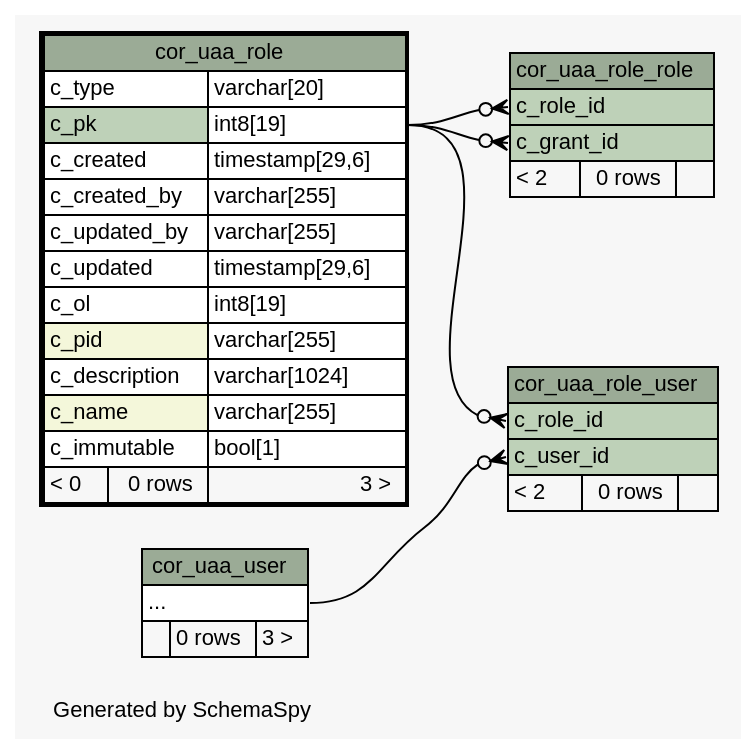
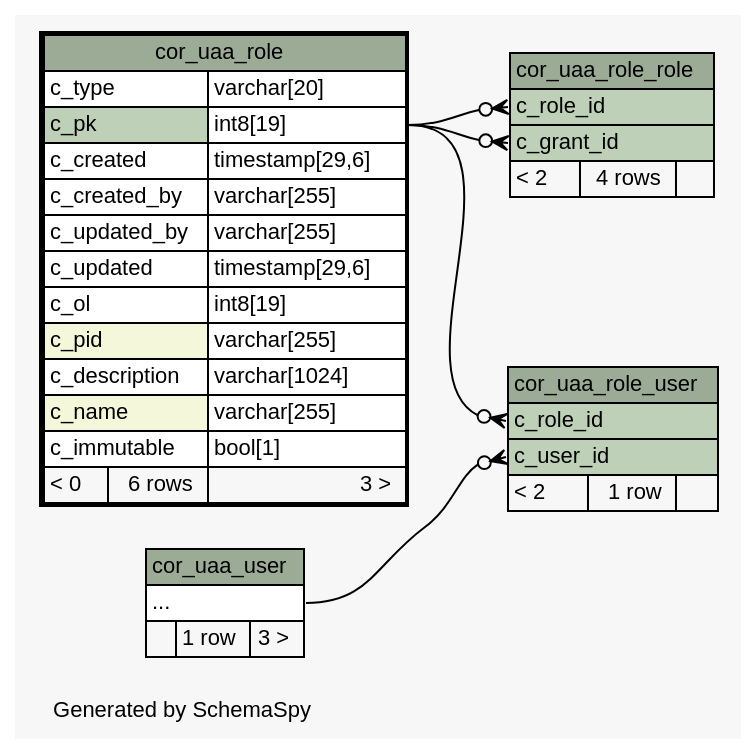
Before and after one commit to openwms/org.openwms.core.uaa: the diagram in 2.0.0-SNAPSHOT/schemaspy/diagrams/cor_uaa_role.2degrees.dot, drawn with Graphviz. The commit also changed 309 other files, not shown here.

```diff
--- a/2.0.0-SNAPSHOT/schemaspy/diagrams/cor_uaa_role.2degrees.dot
+++ b/2.0.0-SNAPSHOT/schemaspy/diagrams/cor_uaa_role.2degrees.dot
@@ -1,78 +1,78 @@
 // dot 2.43.0 on Linux 5.15.0-1020-azure
 // SchemaSpy rev Unknown
 digraph "twoDegreesRelationshipsDiagram" {
   graph [
     rankdir="RL"
     bgcolor="#f7f7f7"
     label="\nGenerated by SchemaSpy"
     labeljust="l"
     nodesep="0.18"
     ranksep="0.46"
     fontname="Helvetica"
     fontsize="11"
   ];
   node [
     fontname="Helvetica"
     fontsize="11"
     shape="plaintext"
   ];
   edge [
     arrowsize="0.8"
   ];
   "cor_uaa_role_role":"c_grant_id":w -> "cor_uaa_role":"c_pk.type":e [arrowhead=none dir=back arrowtail=crowodot];
   "cor_uaa_role_role":"c_role_id":w -> "cor_uaa_role":"c_pk.type":e [arrowhead=none dir=back arrowtail=crowodot];
   "cor_uaa_role_user":"c_role_id":w -> "cor_uaa_role":"c_pk.type":e [arrowhead=none dir=back arrowtail=crowodot];
   "cor_uaa_role_user":"c_user_id":w -> "cor_uaa_user":"elipses":e [arrowhead=none dir=back arrowtail=crowodot];
   "cor_uaa_role" [
     label=<
     <TABLE BORDER="2" CELLBORDER="1" CELLSPACING="0" BGCOLOR="#ffffff">
       <TR><TD COLSPAN="3" BGCOLOR="#9bab96" ALIGN="CENTER">cor_uaa_role</TD></TR>
       <TR><TD PORT="c_type" COLSPAN="2" ALIGN="LEFT">c_type</TD><TD PORT="c_type.type" ALIGN="LEFT">varchar[20]</TD></TR>
       <TR><TD PORT="c_pk" COLSPAN="2" BGCOLOR="#bed1b8" ALIGN="LEFT">c_pk</TD><TD PORT="c_pk.type" ALIGN="LEFT">int8[19]</TD></TR>
       <TR><TD PORT="c_created" COLSPAN="2" ALIGN="LEFT">c_created</TD><TD PORT="c_created.type" ALIGN="LEFT">timestamp[29,6]</TD></TR>
       <TR><TD PORT="c_created_by" COLSPAN="2" ALIGN="LEFT">c_created_by</TD><TD PORT="c_created_by.type" ALIGN="LEFT">varchar[255]</TD></TR>
       <TR><TD PORT="c_updated_by" COLSPAN="2" ALIGN="LEFT">c_updated_by</TD><TD PORT="c_updated_by.type" ALIGN="LEFT">varchar[255]</TD></TR>
       <TR><TD PORT="c_updated" COLSPAN="2" ALIGN="LEFT">c_updated</TD><TD PORT="c_updated.type" ALIGN="LEFT">timestamp[29,6]</TD></TR>
       <TR><TD PORT="c_ol" COLSPAN="2" ALIGN="LEFT">c_ol</TD><TD PORT="c_ol.type" ALIGN="LEFT">int8[19]</TD></TR>
       <TR><TD PORT="c_pid" COLSPAN="2" BGCOLOR="#f4f7da" ALIGN="LEFT">c_pid</TD><TD PORT="c_pid.type" ALIGN="LEFT">varchar[255]</TD></TR>
       <TR><TD PORT="c_description" COLSPAN="2" ALIGN="LEFT">c_description</TD><TD PORT="c_description.type" ALIGN="LEFT">varchar[1024]</TD></TR>
       <TR><TD PORT="c_name" COLSPAN="2" BGCOLOR="#f4f7da" ALIGN="LEFT">c_name</TD><TD PORT="c_name.type" ALIGN="LEFT">varchar[255]</TD></TR>
       <TR><TD PORT="c_immutable" COLSPAN="2" ALIGN="LEFT">c_immutable</TD><TD PORT="c_immutable.type" ALIGN="LEFT">bool[1]</TD></TR>
-      <TR><TD ALIGN="LEFT" BGCOLOR="#f7f7f7">&lt; 0</TD><TD ALIGN="RIGHT" BGCOLOR="#f7f7f7">0 rows</TD><TD ALIGN="RIGHT" BGCOLOR="#f7f7f7">3 &gt;</TD></TR>
+      <TR><TD ALIGN="LEFT" BGCOLOR="#f7f7f7">&lt; 0</TD><TD ALIGN="RIGHT" BGCOLOR="#f7f7f7">6 rows</TD><TD ALIGN="RIGHT" BGCOLOR="#f7f7f7">3 &gt;</TD></TR>
     </TABLE>>
     URL="cor_uaa_role.html"
     tooltip="cor_uaa_role"
   ];
   "cor_uaa_role_role" [
     label=<
     <TABLE BORDER="0" CELLBORDER="1" CELLSPACING="0" BGCOLOR="#ffffff">
       <TR><TD COLSPAN="3" BGCOLOR="#9bab96" ALIGN="CENTER">cor_uaa_role_role</TD></TR>
       <TR><TD PORT="c_role_id" COLSPAN="3" BGCOLOR="#bed1b8" ALIGN="LEFT">c_role_id</TD></TR>
       <TR><TD PORT="c_grant_id" COLSPAN="3" BGCOLOR="#bed1b8" ALIGN="LEFT">c_grant_id</TD></TR>
-      <TR><TD ALIGN="LEFT" BGCOLOR="#f7f7f7">&lt; 2</TD><TD ALIGN="RIGHT" BGCOLOR="#f7f7f7">0 rows</TD><TD ALIGN="RIGHT" BGCOLOR="#f7f7f7">  </TD></TR>
+      <TR><TD ALIGN="LEFT" BGCOLOR="#f7f7f7">&lt; 2</TD><TD ALIGN="RIGHT" BGCOLOR="#f7f7f7">4 rows</TD><TD ALIGN="RIGHT" BGCOLOR="#f7f7f7">  </TD></TR>
     </TABLE>>
     URL="cor_uaa_role_role.html"
     tooltip="cor_uaa_role_role"
   ];
   "cor_uaa_role_user" [
     label=<
     <TABLE BORDER="0" CELLBORDER="1" CELLSPACING="0" BGCOLOR="#ffffff">
       <TR><TD COLSPAN="3" BGCOLOR="#9bab96" ALIGN="CENTER">cor_uaa_role_user</TD></TR>
       <TR><TD PORT="c_role_id" COLSPAN="3" BGCOLOR="#bed1b8" ALIGN="LEFT">c_role_id</TD></TR>
       <TR><TD PORT="c_user_id" COLSPAN="3" BGCOLOR="#bed1b8" ALIGN="LEFT">c_user_id</TD></TR>
-      <TR><TD ALIGN="LEFT" BGCOLOR="#f7f7f7">&lt; 2</TD><TD ALIGN="RIGHT" BGCOLOR="#f7f7f7">0 rows</TD><TD ALIGN="RIGHT" BGCOLOR="#f7f7f7">  </TD></TR>
+      <TR><TD ALIGN="LEFT" BGCOLOR="#f7f7f7">&lt; 2</TD><TD ALIGN="RIGHT" BGCOLOR="#f7f7f7">1 row</TD><TD ALIGN="RIGHT" BGCOLOR="#f7f7f7">  </TD></TR>
     </TABLE>>
     URL="cor_uaa_role_user.html"
     tooltip="cor_uaa_role_user"
   ];
   "cor_uaa_user" [
     label=<
     <TABLE BORDER="0" CELLBORDER="1" CELLSPACING="0" BGCOLOR="#ffffff">
       <TR><TD COLSPAN="3" BGCOLOR="#9bab96" ALIGN="CENTER">cor_uaa_user</TD></TR>
       <TR><TD PORT="elipses" COLSPAN="3" ALIGN="LEFT">...</TD></TR>
-      <TR><TD ALIGN="LEFT" BGCOLOR="#f7f7f7">  </TD><TD ALIGN="RIGHT" BGCOLOR="#f7f7f7">0 rows</TD><TD ALIGN="RIGHT" BGCOLOR="#f7f7f7">3 &gt;</TD></TR>
+      <TR><TD ALIGN="LEFT" BGCOLOR="#f7f7f7">  </TD><TD ALIGN="RIGHT" BGCOLOR="#f7f7f7">1 row</TD><TD ALIGN="RIGHT" BGCOLOR="#f7f7f7">3 &gt;</TD></TR>
     </TABLE>>
     URL="cor_uaa_user.html"
     tooltip="cor_uaa_user"
   ];
 }
```
